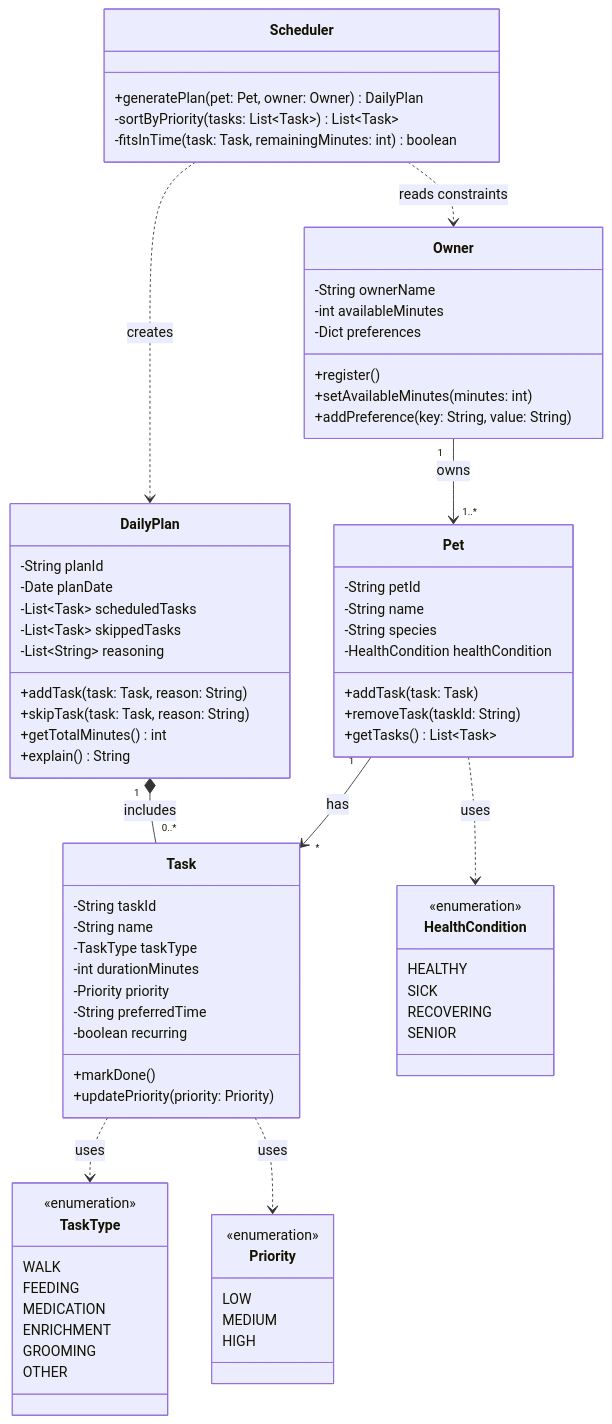
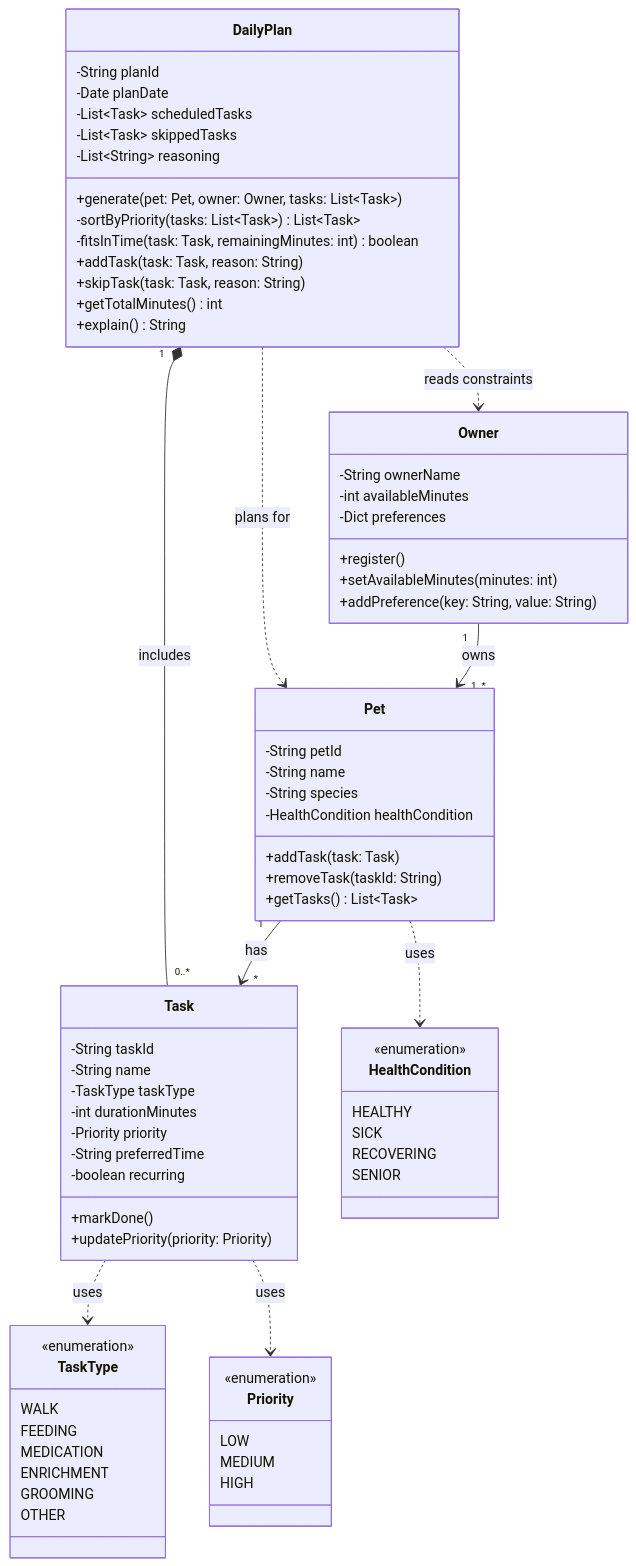
Before and after one commit to SpyNextDoor/ai110-module2show-pawpal-starter: the diagram in diagrams/uml.mmd, drawn with Mermaid.

Commit message:
fix: revised the UML design diagram

```diff
--- a/diagrams/uml.mmd
+++ b/diagrams/uml.mmd
@@ -1,83 +1,80 @@
 classDiagram
     class Owner {
         -String ownerName
         -int availableMinutes
         -Dict preferences
         +register()
         +setAvailableMinutes(minutes: int)
         +addPreference(key: String, value: String)
     }
 
     class Pet {
         -String petId
         -String name
         -String species
         -HealthCondition healthCondition
         +addTask(task: Task)
         +removeTask(taskId: String)
         +getTasks() List~Task~
     }
 
     class Task {
         -String taskId
         -String name
         -TaskType taskType
         -int durationMinutes
         -Priority priority
         -String preferredTime
         -boolean recurring
         +markDone()
         +updatePriority(priority: Priority)
     }
 
-    class Scheduler {
-        +generatePlan(pet: Pet, owner: Owner) DailyPlan
-        -sortByPriority(tasks: List~Task~) List~Task~
-        -fitsInTime(task: Task, remainingMinutes: int) boolean
-    }
-
     class DailyPlan {
         -String planId
         -Date planDate
         -List~Task~ scheduledTasks
         -List~Task~ skippedTasks
         -List~String~ reasoning
+        +generate(pet: Pet, owner: Owner, tasks: List~Task~)
+        -sortByPriority(tasks: List~Task~) List~Task~
+        -fitsInTime(task: Task, remainingMinutes: int) boolean
         +addTask(task: Task, reason: String)
         +skipTask(task: Task, reason: String)
         +getTotalMinutes() int
         +explain() String
     }
 
     class HealthCondition {
         <<enumeration>>
         HEALTHY
         SICK
         RECOVERING
         SENIOR
     }
 
     class TaskType {
         <<enumeration>>
         WALK
         FEEDING
         MEDICATION
         ENRICHMENT
         GROOMING
         OTHER
     }
 
     class Priority {
         <<enumeration>>
         LOW
         MEDIUM
         HIGH
     }
 
     Owner "1" --> "1..*" Pet : owns
     Pet "1" --> "*" Task : has
-    Scheduler ..> DailyPlan : creates
-    Scheduler ..> Owner : reads constraints
+    DailyPlan ..> Owner : reads constraints
+    DailyPlan ..> Pet : plans for
     DailyPlan "1" *-- "0..*" Task : includes
     Pet ..> HealthCondition : uses
     Task ..> TaskType : uses
     Task ..> Priority : uses
```
